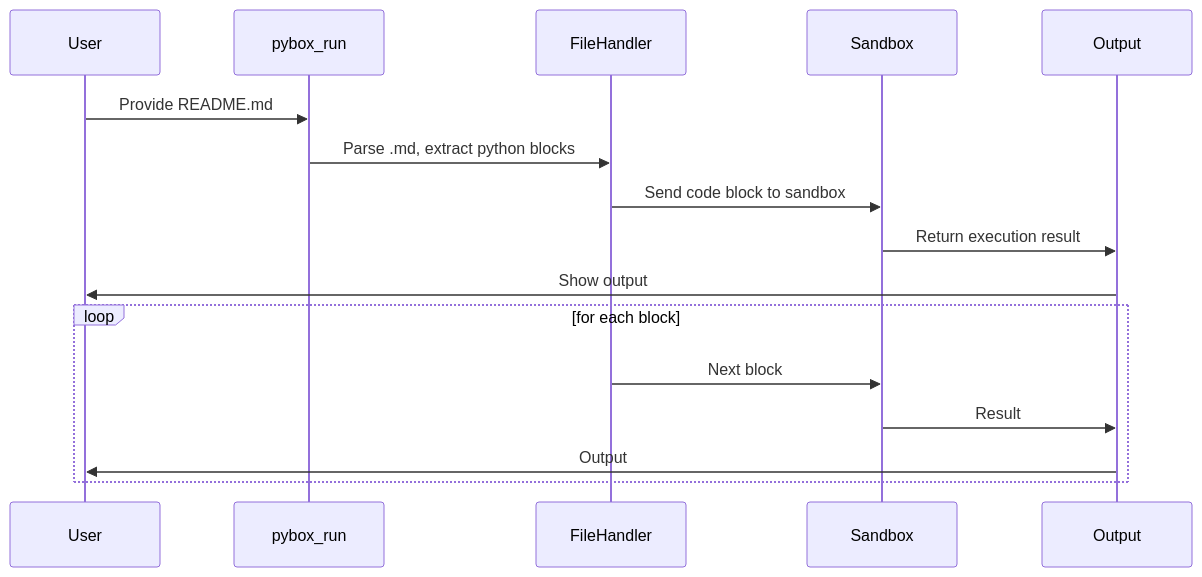
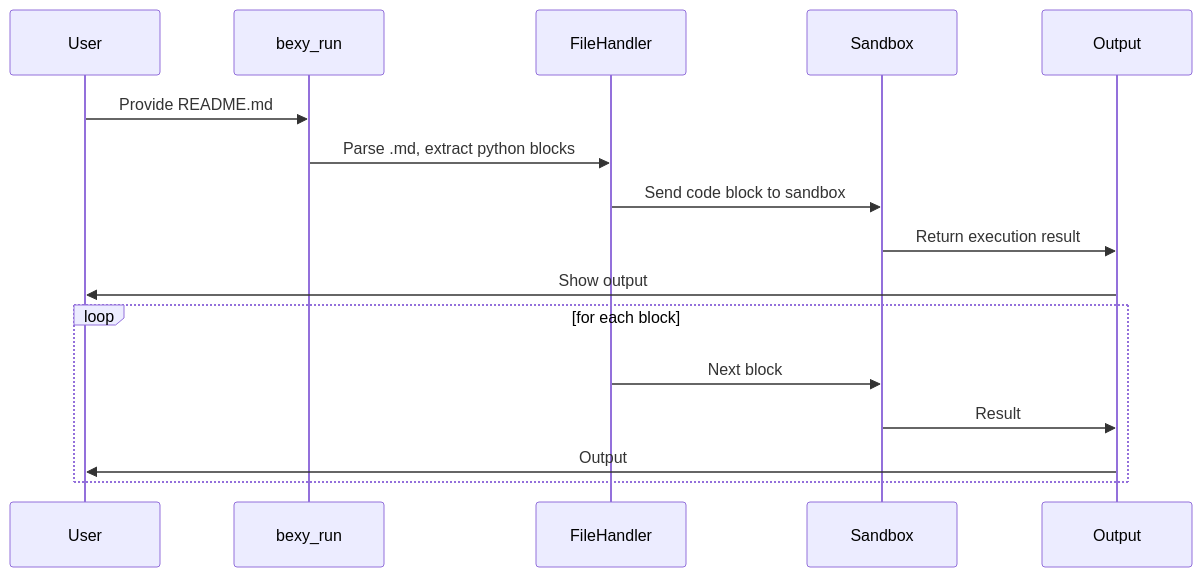
The second of 2 diagrams in README.md (py-lama/bexy), drawn with Mermaid before and after one commit. The commit also changed other lines of this file and 23 other files, not shown here.

````diff
--- a/README.md
+++ b/README.md
@@ -231,18 +231,18 @@
 ```mermaid
 sequenceDiagram
     participant U as User
-    participant P as pybox_run
+    participant P as bexy_run
     participant F as FileHandler
     participant S as Sandbox
     participant O as Output
     U->>P: Provide README.md
     P->>F: Parse .md, extract python blocks
     F->>S: Send code block to sandbox
     S->>O: Return execution result
     O->>U: Show output
     loop for each block
         F->>S: Next block
         S->>O: Result
         O->>U: Output
     end
 ```
````
